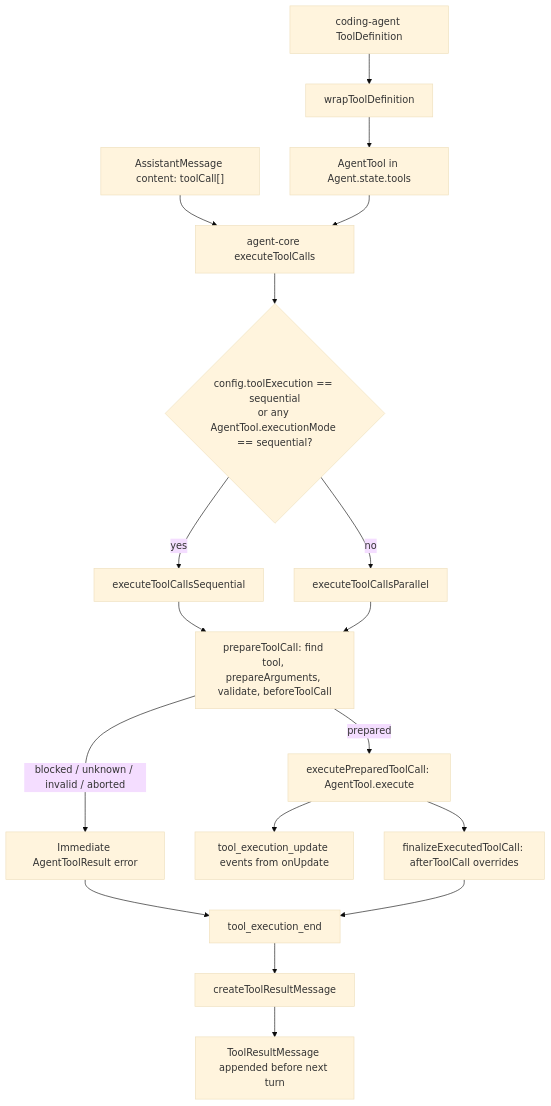
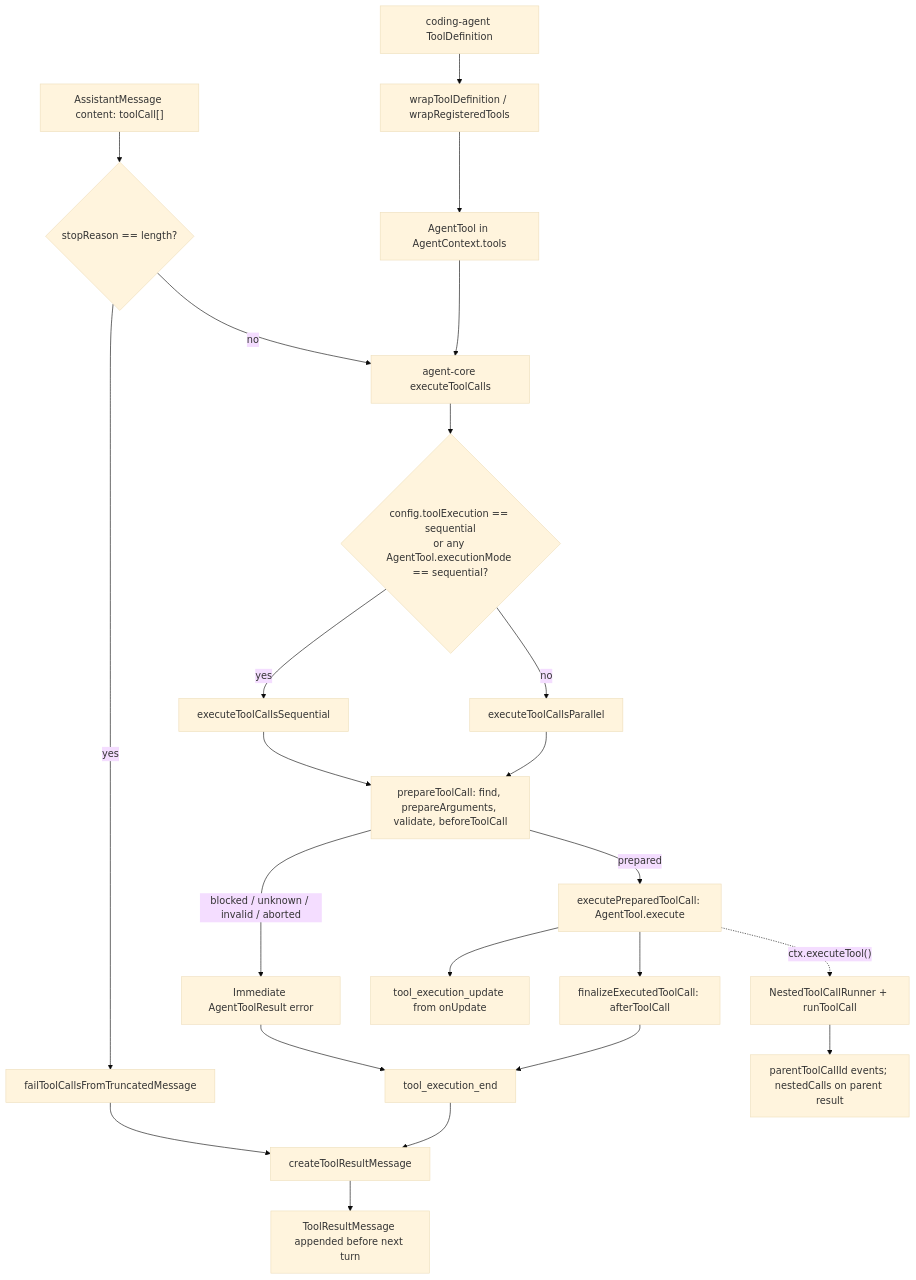
One commit to wdnmdtonyma/SOTA-Agent-LLM-Wiki changed the diagram in docs/llm-wiki/pi/spine/tool-call-anatomy.md. Above: the diagram before and after it, drawn with Mermaid (base theme). The commit also changed other lines of this file and 246 other files, not shown here.

````diff
--- a/docs/llm-wiki/pi/spine/tool-call-anatomy.md
+++ b/docs/llm-wiki/pi/spine/tool-call-anatomy.md
@@ -52,20 +58,25 @@
 ```mermaid
 flowchart TD
-  A["AssistantMessage content: toolCall[]"] --> B["agent-core executeToolCalls"]
+  A["AssistantMessage content: toolCall[]"] --> L{"stopReason == length?"}
+  L -->|yes| FAIL["failToolCallsFromTruncatedMessage"]
+  L -->|no| B["agent-core executeToolCalls"]
   B --> C{"config.toolExecution == sequential<br/>or any AgentTool.executionMode == sequential?"}
   C -->|yes| D["executeToolCallsSequential"]
   C -->|no| E["executeToolCallsParallel"]
-  D --> F["prepareToolCall: find tool, prepareArguments, validate, beforeToolCall"]
-  E --> F
-  F -->|blocked / unknown / invalid / aborted| G["Immediate AgentToolResult error"]
-  F -->|prepared| H["executePreparedToolCall: AgentTool.execute"]
-  H --> I["tool_execution_update events from onUpdate"]
-  H --> J["finalizeExecutedToolCall: afterToolCall overrides"]
+  D --> P["prepareToolCall: find, prepareArguments, validate, beforeToolCall"]
+  E --> P
+  P -->|blocked / unknown / invalid / aborted| G["Immediate AgentToolResult error"]
+  P -->|prepared| H["executePreparedToolCall: AgentTool.execute"]
+  H --> I["tool_execution_update from onUpdate"]
+  H --> J["finalizeExecutedToolCall: afterToolCall"]
   G --> K["tool_execution_end"]
   J --> K
-  K --> L["createToolResultMessage"]
-  L --> M["ToolResultMessage appended before next turn"]
-  N["coding-agent ToolDefinition"] --> O["wrapToolDefinition"]
-  O --> P["AgentTool in Agent.state.tools"]
-  P --> B
+  FAIL --> R
+  K --> R["createToolResultMessage"]
+  R --> M["ToolResultMessage appended before next turn"]
+  N["coding-agent ToolDefinition"] --> O["wrapToolDefinition / wrapRegisteredTools"]
+  O --> Q["AgentTool in AgentContext.tools"]
+  Q --> B
+  H -.->|"ctx.executeTool()"| NT["NestedToolCallRunner + runToolCall"]
+  NT --> NC["parentToolCallId events; nestedCalls on parent result"]
 ```
````
